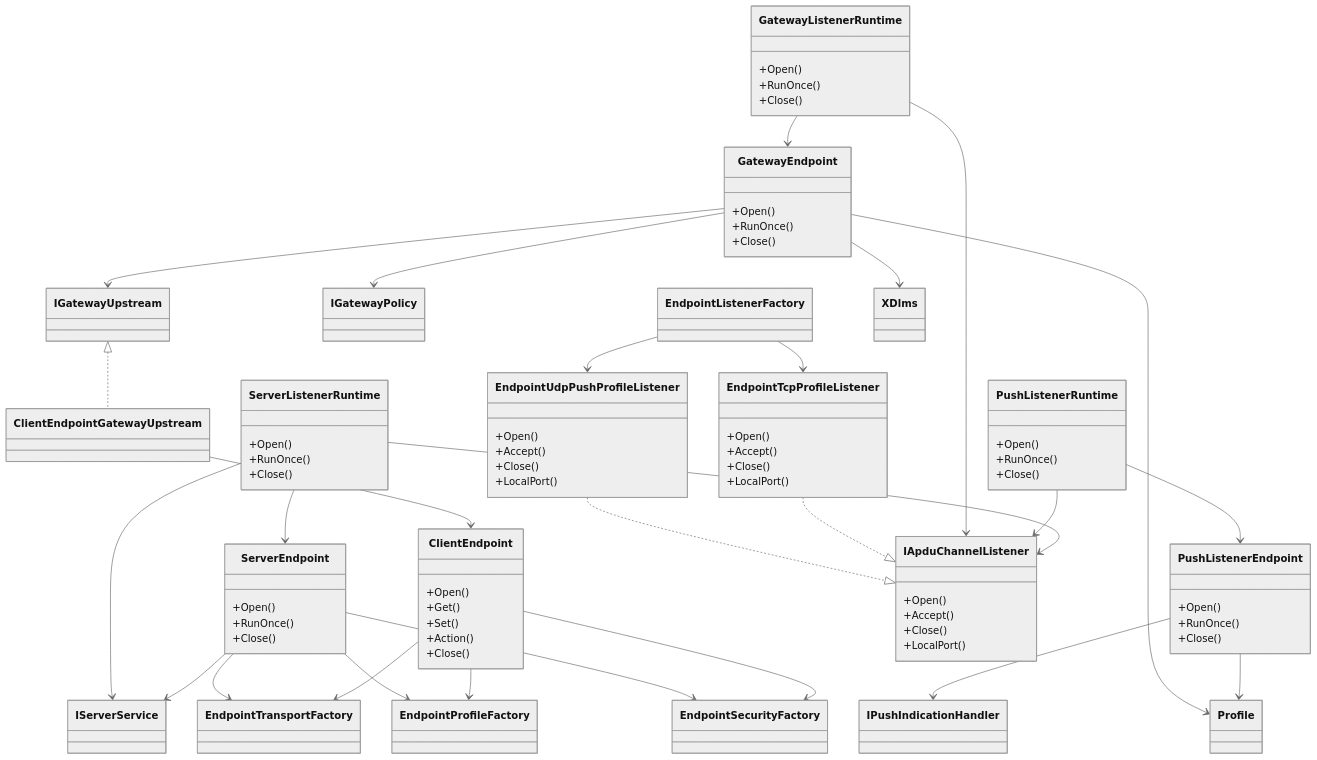
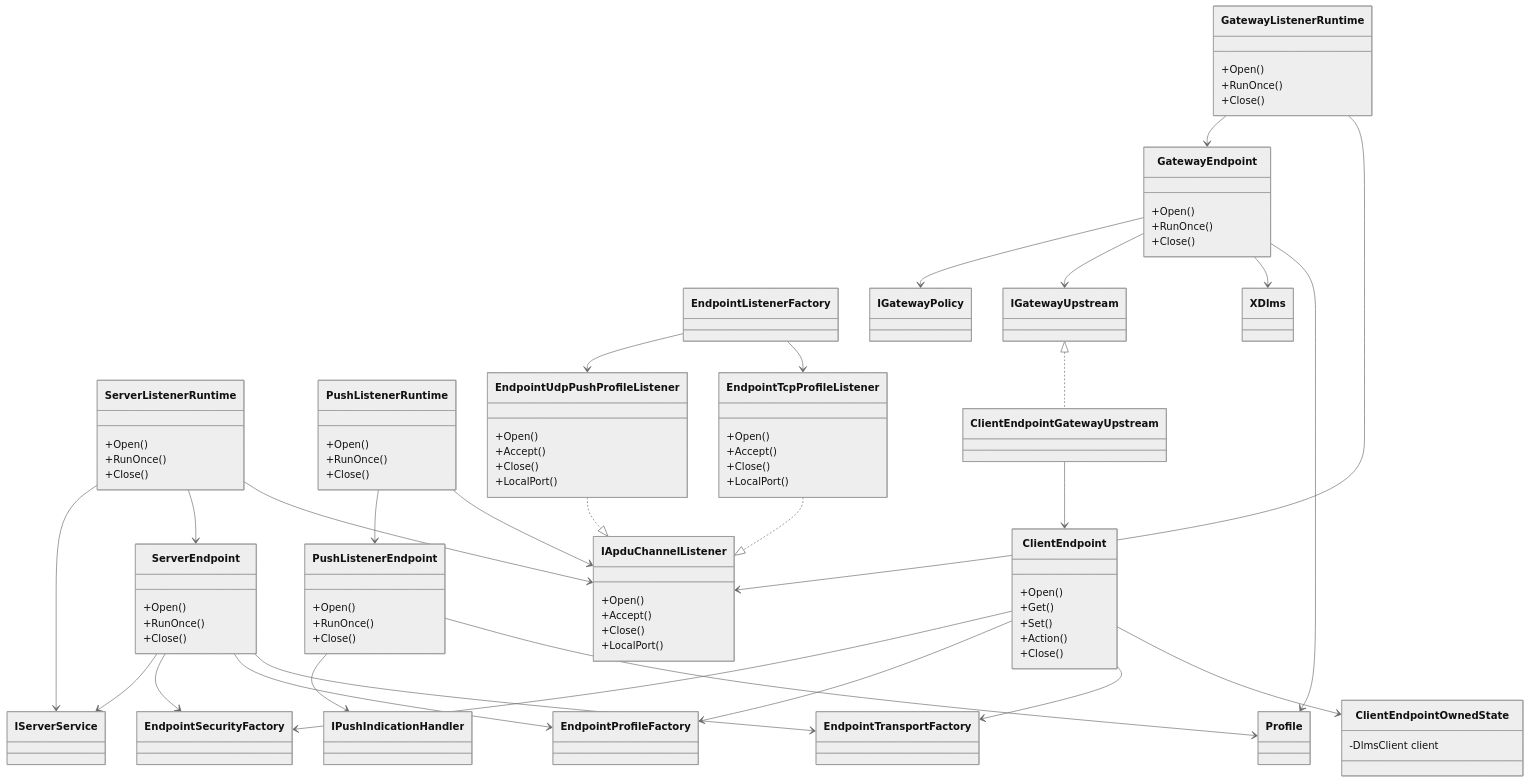
Before and after one commit to gvtret/dlms: the eighth of 9 diagrams in lib/dlms-endpoint/docs/02_endpoint_architecture.md, drawn with Mermaid (neutral theme). The commit also changed 3 other files, not shown here.

First line of the commit message:
refactor: hide client endpoint owned client state

```diff
--- a/lib/dlms-endpoint/docs/02_endpoint_architecture.md
+++ b/lib/dlms-endpoint/docs/02_endpoint_architecture.md
@@ -285,6 +285,10 @@
     +Set()
     +Action()
     +Close()
+  }
+
+  class ClientEndpointOwnedState {
+    -DlmsClient client
   }
 
   class ServerEndpoint {
@@ -353,6 +357,7 @@
   class IPushIndicationHandler
   class IServerService
 
+  ClientEndpoint --> ClientEndpointOwnedState
   ClientEndpoint --> EndpointTransportFactory
   ClientEndpoint --> EndpointProfileFactory
   ClientEndpoint --> EndpointSecurityFactory
```
